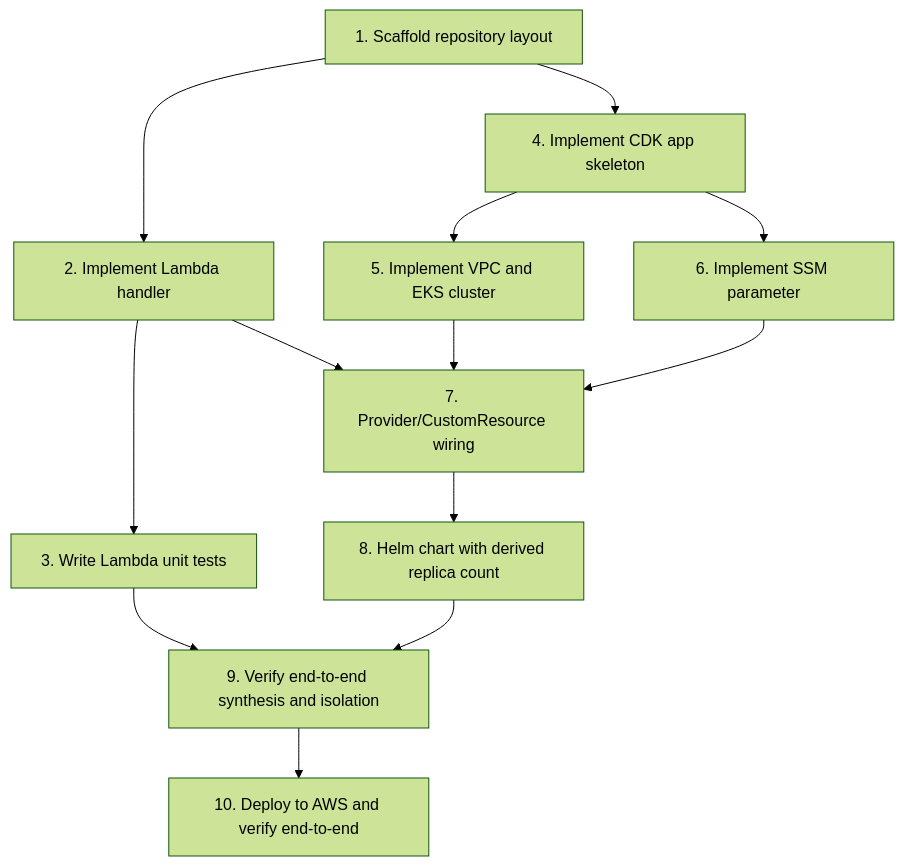
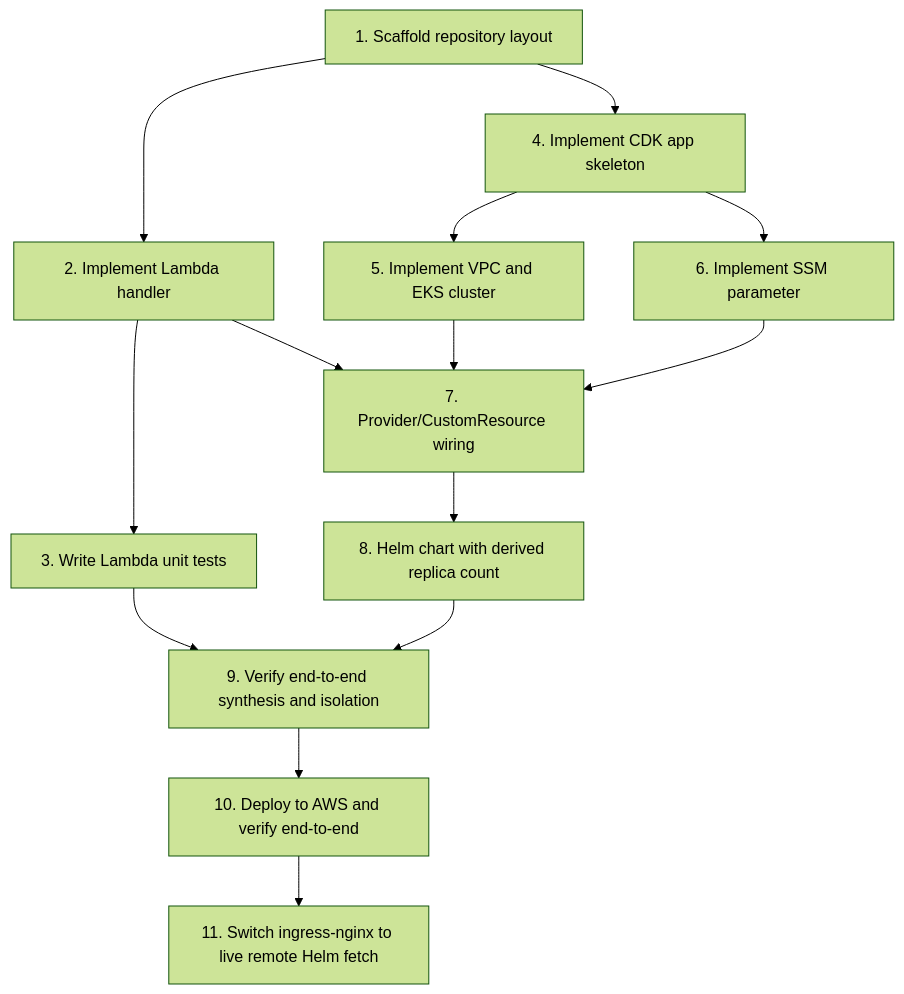
The diagram in .kiro/specs/eks-ingress-replica-config/tasks.md (aminiaraste/replica-counter), drawn with Mermaid (forest theme) before and after one commit. The commit also changed other lines of this file and 235 other files, not shown here.

Commit message:
Replace vendored ingress-nginx chart with pinned live remote Helm fetch

````diff
--- a/.kiro/specs/eks-ingress-replica-config/tasks.md
+++ b/.kiro/specs/eks-ingress-replica-config/tasks.md
@@ -113,26 +149,28 @@
 ```mermaid
 graph TD
   T1[1. Scaffold repository layout]
   T2[2. Implement Lambda handler]
   T3[3. Write Lambda unit tests]
   T4[4. Implement CDK app skeleton]
   T5[5. Implement VPC and EKS cluster]
   T6[6. Implement SSM parameter]
   T7[7. Provider/CustomResource wiring]
   T8[8. Helm chart with derived replica count]
   T9[9. Verify end-to-end synthesis and isolation]
   T10[10. Deploy to AWS and verify end-to-end]
+  T11[11. Switch ingress-nginx to live remote Helm fetch]
 
   T1 --> T2
   T1 --> T4
   T2 --> T3
   T4 --> T5
   T4 --> T6
   T2 --> T7
   T5 --> T7
   T6 --> T7
   T7 --> T8
   T3 --> T9
   T8 --> T9
   T9 --> T10
+  T10 --> T11
 ```
````
